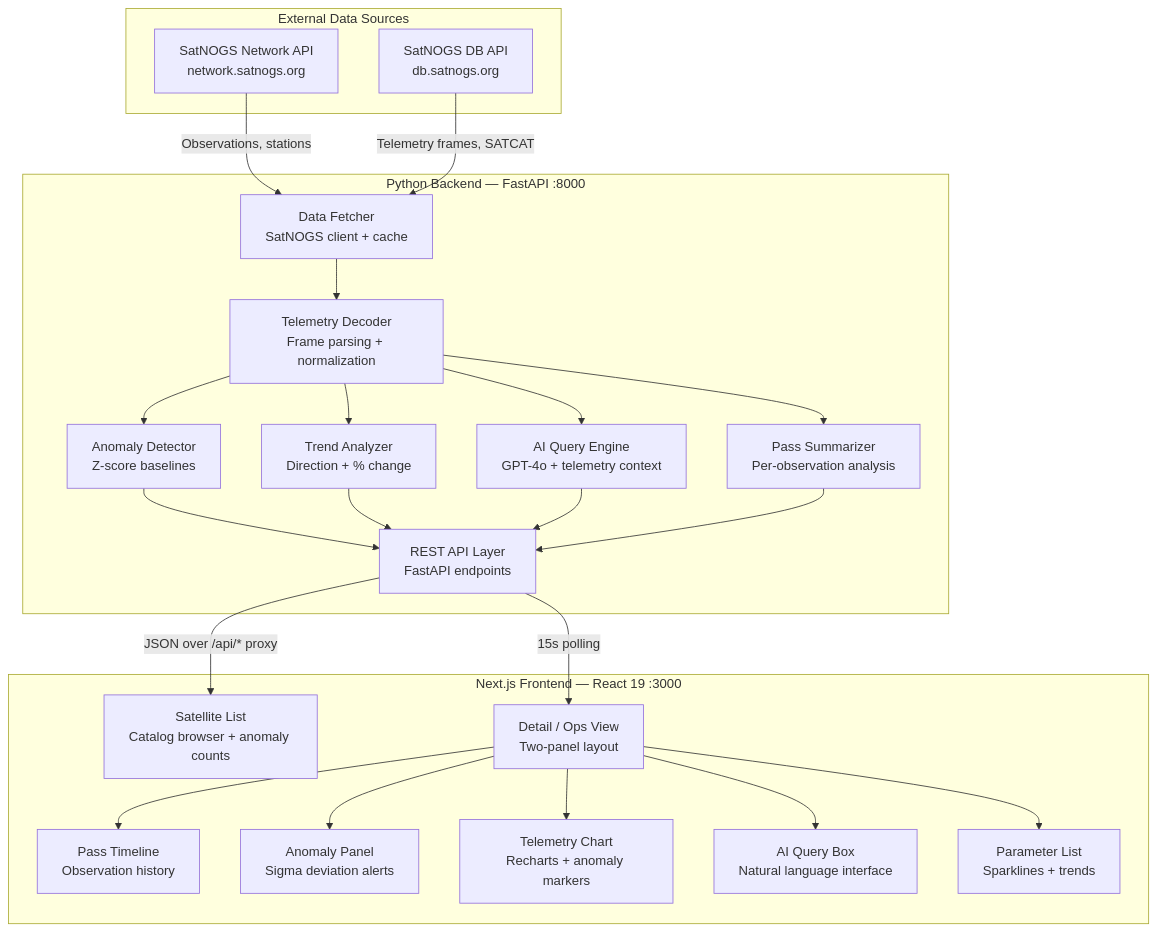
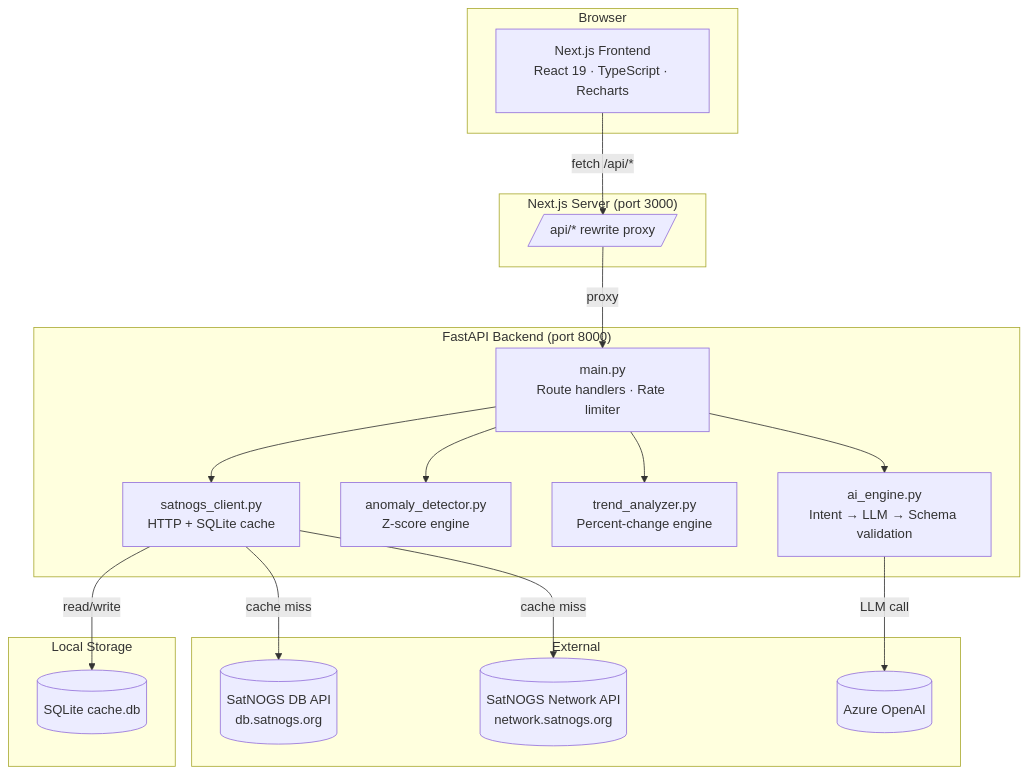
Before and after one commit to yoohooshantanu/Downlink: the first of 9 diagrams in README.md, drawn with Mermaid. The commit also changed other lines of this file and 19 other files, not shown here.

Commit message:
Add Python backend, update frontend components, and fix .gitignore

````diff
--- a/README.md
+++ b/README.md
@@ -183,46 +48,39 @@
 ```mermaid
-graph TB
-    subgraph External["External Data Sources"]
-        SN["SatNOGS Network API<br/>network.satnogs.org"]
-        SD["SatNOGS DB API<br/>db.satnogs.org"]
+graph TD
+    subgraph Browser
+        A[Next.js Frontend<br/>React 19 · TypeScript · Recharts]
     end
 
-    subgraph Backend["Python Backend — FastAPI :8000"]
-        F["Data Fetcher<br/>SatNOGS client + cache"]
-        TD["Telemetry Decoder<br/>Frame parsing + normalization"]
-        AD["Anomaly Detector<br/>Z-score baselines"]
-        TA["Trend Analyzer<br/>Direction + % change"]
-        AI["AI Query Engine<br/>GPT-4o + telemetry context"]
-        PS["Pass Summarizer<br/>Per-observation analysis"]
-        API["REST API Layer<br/>FastAPI endpoints"]
+    subgraph Next_Server["Next.js Server (port 3000)"]
+        B[/api/* rewrite proxy/]
     end
 
-    subgraph Frontend["Next.js Frontend — React 19 :3000"]
-        SL["Satellite List<br/>Catalog browser + anomaly counts"]
-        DV["Detail / Ops View<br/>Two-panel layout"]
-        PT["Pass Timeline<br/>Observation history"]
-        AP["Anomaly Panel<br/>Sigma deviation alerts"]
-        TC["Telemetry Chart<br/>Recharts + anomaly markers"]
-        AQ["AI Query Box<br/>Natural language interface"]
-        PL["Parameter List<br/>Sparklines + trends"]
+    subgraph FastAPI_Backend["FastAPI Backend (port 8000)"]
+        C[main.py<br/>Route handlers · Rate limiter]
+        D[satnogs_client.py<br/>HTTP + SQLite cache]
+        E[anomaly_detector.py<br/>Z-score engine]
+        F[trend_analyzer.py<br/>Percent-change engine]
+        G[ai_engine.py<br/>Intent → LLM → Schema validation]
     end
 
-    SN -->|"Observations, stations"| F
-    SD -->|"Telemetry frames, SATCAT"| F
-    F --> TD
-    TD --> AD
-    TD --> TA
-    TD --> AI
-    TD --> PS
-    AD --> API
-    TA --> API
-    AI --> API
-    PS --> API
-    API -->|"JSON over /api/* proxy"| SL
-    API -->|"15s polling"| DV
-    DV --> PT
-    DV --> AP
-    DV --> TC
-    DV --> AQ
-    DV --> PL
+    subgraph External
+        H[(SatNOGS DB API<br/>db.satnogs.org)]
+        I[(SatNOGS Network API<br/>network.satnogs.org)]
+        J[(Azure OpenAI)]
+    end
+
+    subgraph Local_Storage["Local Storage"]
+        K[(SQLite cache.db)]
+    end
+
+    A -->|fetch /api/*| B
+    B -->|proxy| C
+    C --> D
+    C --> E
+    C --> F
+    C --> G
+    D -->|cache miss| H
+    D -->|cache miss| I
+    D -->|read/write| K
+    G -->|LLM call| J
 ```
````
